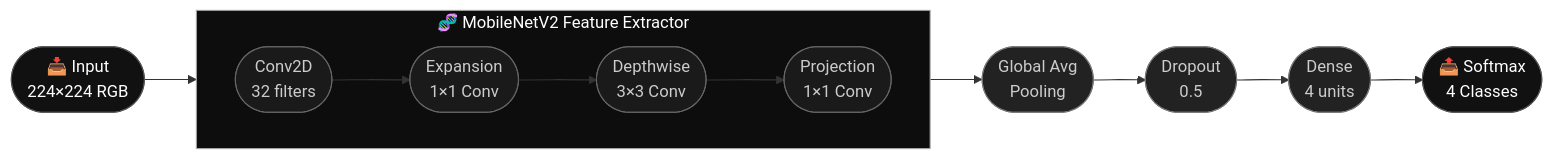
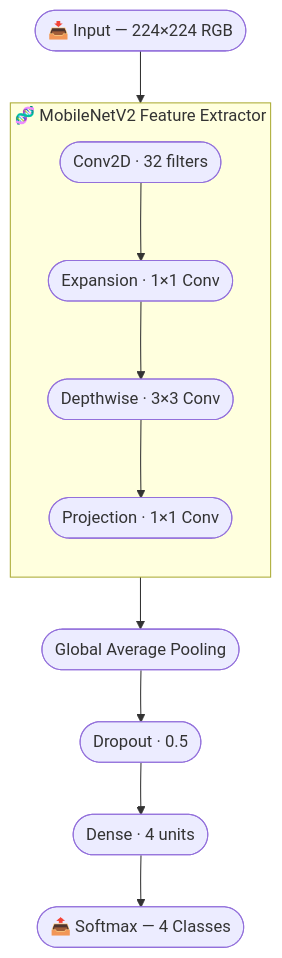
The diagram in README.md (yashnaiduu/NeuroScan), drawn with Mermaid before and after one commit.

Commit message:
fix: switch architecture diagram to TD layout, remove dark fills

````diff
--- a/README.md
+++ b/README.md
@@ -97,32 +97,21 @@
 ```mermaid
-flowchart LR
-    Input(["📥 Input\n224×224 RGB"])
+flowchart TD
+    Input(["📥  Input — 224×224 RGB"])
 
     subgraph MobileNetV2["  🧬  MobileNetV2  Feature  Extractor  "]
-        direction LR
-        Conv(["  Conv2D  \n  32 filters  "])
-        Exp(["  Expansion  \n  1×1 Conv  "])
-        DW(["  Depthwise  \n  3×3 Conv  "])
-        Proj(["  Projection  \n  1×1 Conv  "])
+        direction TB
+        Conv(["Conv2D · 32 filters"])
+        Exp(["Expansion · 1×1 Conv"])
+        DW(["Depthwise · 3×3 Conv"])
+        Proj(["Projection · 1×1 Conv"])
         Conv --> Exp --> DW --> Proj
     end
 
-    GAP(["Global Avg\nPooling"])
-    Drop(["Dropout\n0.5"])
-    Dense(["Dense\n4 units"])
-    Out(["📤 Softmax\n4 Classes"])
+    GAP(["Global Average Pooling"])
+    Drop(["Dropout  ·  0.5"])
+    Dense(["Dense  ·  4 units"])
+    Out(["📤  Softmax — 4 Classes"])
 
     Input --> Conv
     Proj --> GAP --> Drop --> Dense --> Out
-
-    style Input fill:#111,stroke:#555,color:#fff
-    style Out   fill:#111,stroke:#555,color:#fff
-    style Conv  fill:#1a1a1a,stroke:#666,color:#ccc
-    style Exp   fill:#1a1a1a,stroke:#666,color:#ccc
-    style DW    fill:#1a1a1a,stroke:#666,color:#ccc
-    style Proj  fill:#1a1a1a,stroke:#666,color:#ccc
-    style GAP   fill:#222,stroke:#777,color:#ccc
-    style Drop  fill:#222,stroke:#777,color:#ccc
-    style Dense fill:#222,stroke:#777,color:#ccc
-    style MobileNetV2 fill:#0d0d0d,stroke:#aaa,color:#fff
 ```
````
